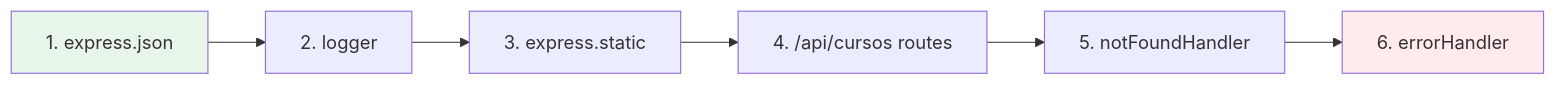
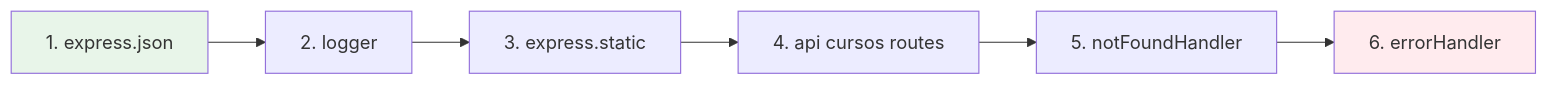
Before and after one commit to camiloSis/Programacion-Web-Systems: diagram 11 of 11 in Lab06VersionIndividual/lab06-api-cursos/flujo.md, drawn with Mermaid. The commit also changed other lines of this file, not shown here.

````diff
--- a/Lab06VersionIndividual/lab06-api-cursos/flujo.md
+++ b/Lab06VersionIndividual/lab06-api-cursos/flujo.md
@@ -306,11 +306,11 @@
 ```mermaid
 graph LR
     A[1. express.json] --> B[2. logger]
     B --> C[3. express.static]
-    C --> D[4. /api/cursos routes]
+    C --> D[4. api cursos routes]
     D --> E[5. notFoundHandler]
     E --> F[6. errorHandler]
 
     style A fill:#e8f5e9
     style F fill:#ffebee
 ```
````
